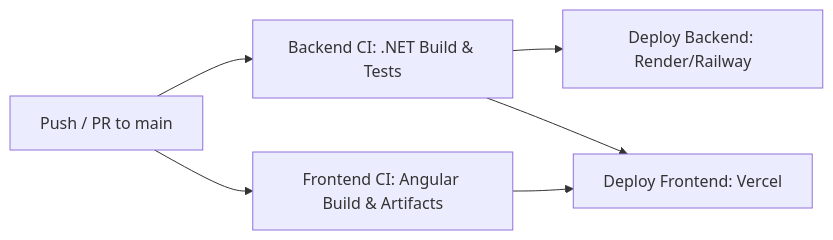
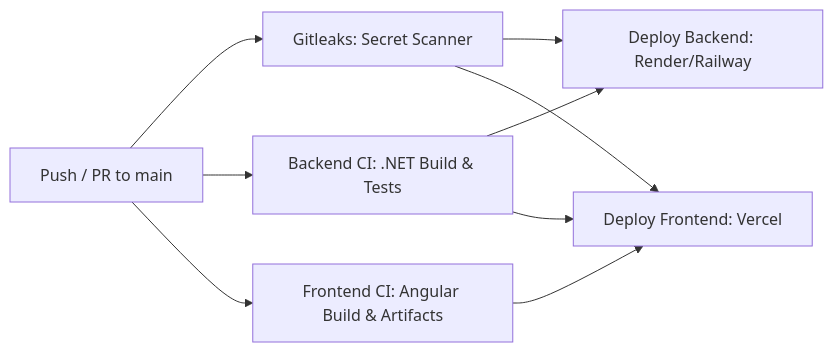
Before and after one commit to Pulkit1822/Farmfinancer: the diagram in DEPLOYMENT.md, drawn with Mermaid. The commit also changed other lines of this file, not shown here.

Commit message:
docs: document Gitleaks secret scanner in deployment guide

````diff
--- a/DEPLOYMENT.md
+++ b/DEPLOYMENT.md
@@ -15,8 +15,8 @@
 ```mermaid
 flowchart LR
-    A[Push / PR to main] --> B[Backend CI: .NET Build & Tests]
+    A[Push / PR to main] --> G[Gitleaks: Secret Scanner]
+    A --> B[Backend CI: .NET Build & Tests]
     A --> C[Frontend CI: Angular Build & Artifacts]
-    B --> D[Deploy Backend: Render/Railway]
-    C --> E[Deploy Frontend: Vercel]
-    B --> E
+    B & G --> D[Deploy Backend: Render/Railway]
+    C & B & G --> E[Deploy Frontend: Vercel]
 ```
````
